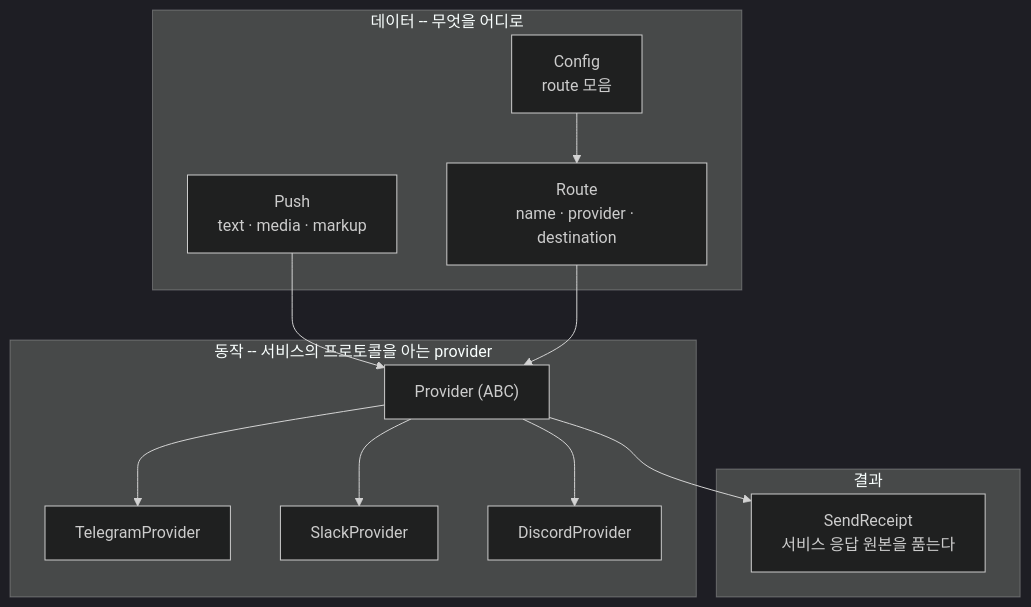
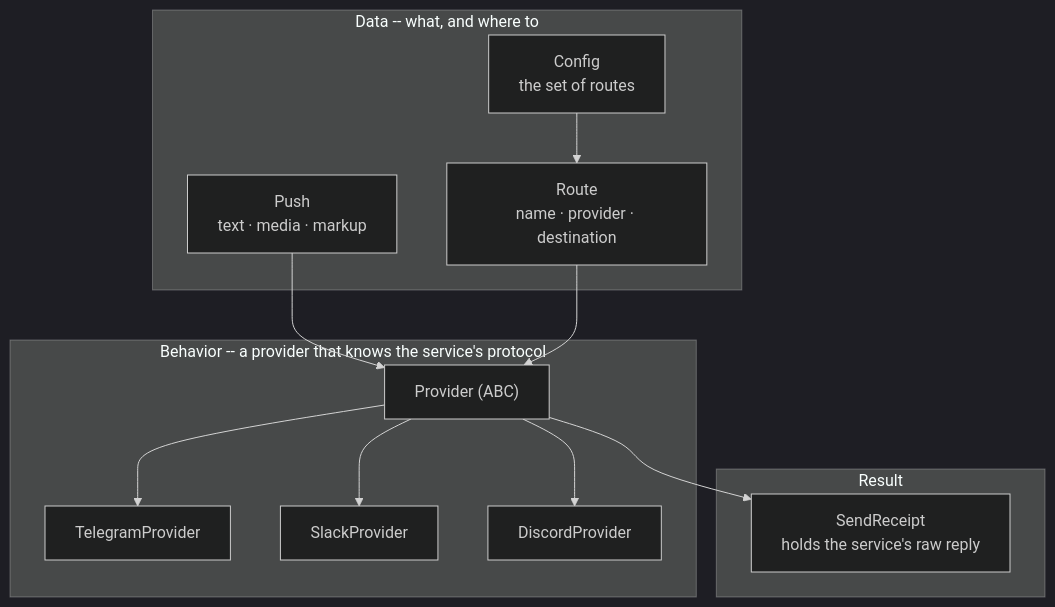
One commit to seokhoonj/pushpush changed the second of 2 diagrams in README.md. Above: the diagram before and after it, drawn with Mermaid (dark theme). The commit also changed other lines of this file and 2 other files, not shown here.

````diff
--- a/README.md
+++ b/README.md
@@ -39,21 +44,21 @@
 ```mermaid
 flowchart TB
-    subgraph data["데이터 -- 무엇을 어디로"]
+    subgraph data["Data -- what, and where to"]
         Push["Push<br/>text · media · markup"]
         Route["Route<br/>name · provider · destination"]
-        Config["Config<br/>route 모음"]
+        Config["Config<br/>the set of routes"]
     end
-    subgraph model["동작 -- 서비스의 프로토콜을 아는 provider"]
+    subgraph model["Behavior -- a provider that knows the service's protocol"]
         Provider["Provider (ABC)"]
         Provider --> TelegramProvider
         Provider --> SlackProvider
         Provider --> DiscordProvider
     end
-    subgraph result["결과"]
-        SendReceipt["SendReceipt<br/>서비스 응답 원본을 품는다"]
+    subgraph result["Result"]
+        SendReceipt["SendReceipt<br/>holds the service's raw reply"]
     end
     Config --> Route
     Push --> Provider
     Route --> Provider
     Provider --> SendReceipt
 ```
````
